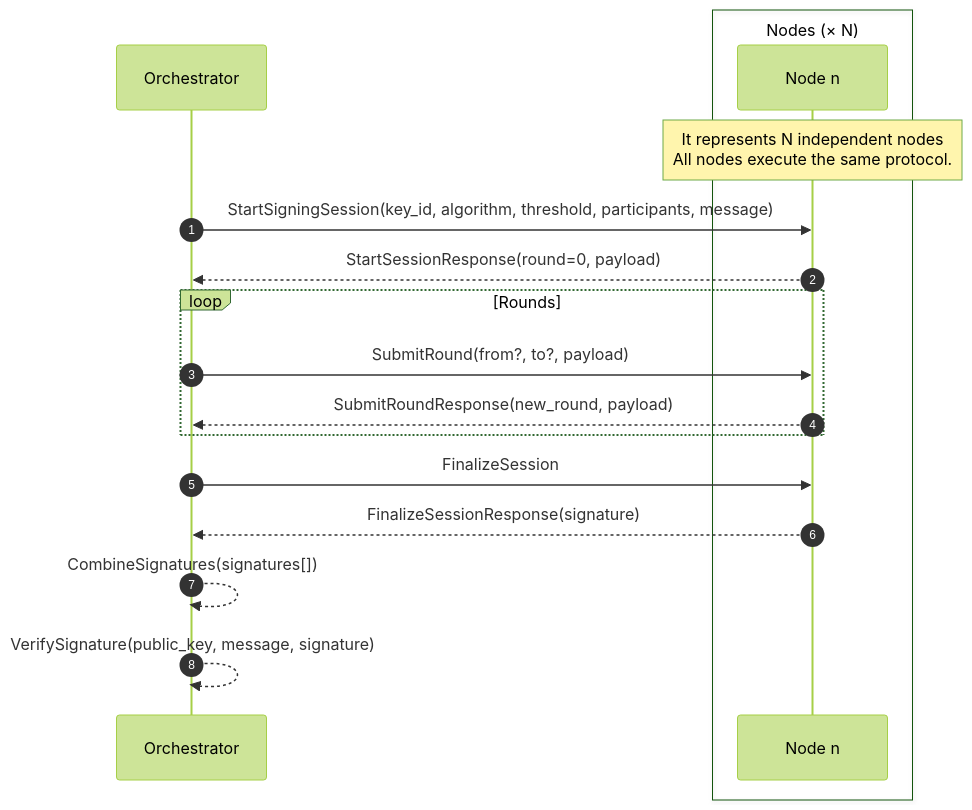
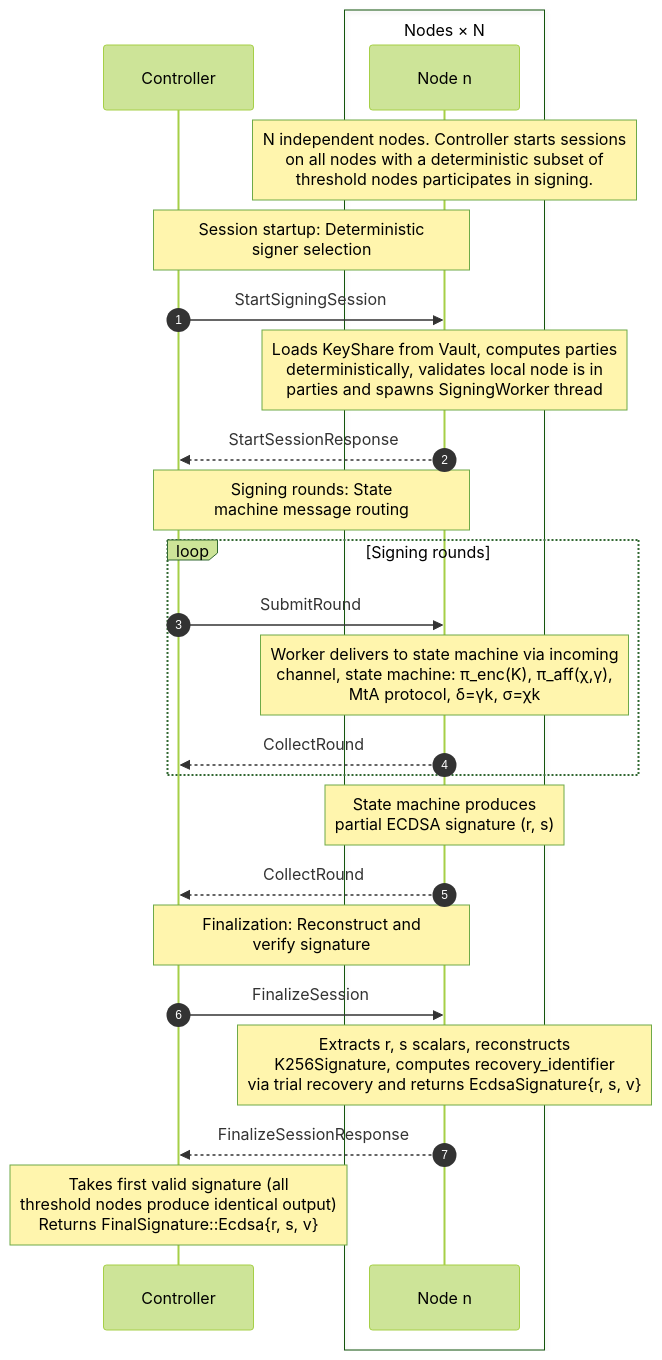
Before and after one commit to shreeed-app/multi-party-computation-cryptographic-engine: the fourth of 4 diagrams in README.md, drawn with Mermaid (forest theme). The commit also changed other lines of this file and 20 other files, not shown here.

````diff
--- a/README.md
+++ b/README.md
@@ -60,25 +171,36 @@
 ```mermaid
 sequenceDiagram
     autonumber
 
-    participant Orchestrator
-    box Nodes (× N)
+    participant Controller
+    box Nodes × N
         participant Node as Node n
     end
 
-    Note over Node: It represents N independent nodes<br />All nodes execute the same protocol.
+    Note over Node: N independent nodes. Controller starts sessions <br /> on all nodes with a deterministic subset of <br /> threshold nodes participates in signing.
 
-    Orchestrator->>Node: StartSigningSession(key_id, algorithm, threshold, participants, message)
-    Node-->>Orchestrator: StartSessionResponse(round=0, payload)
+    Note over Controller,Node: Session startup: Deterministic <br /> signer selection
 
-    loop Rounds
-        Orchestrator->>Node: SubmitRound(from?, to?, payload)
-        Node-->>Orchestrator: SubmitRoundResponse(new_round, payload)
+    Controller->>Node: StartSigningSession
+    Note over Node: Loads KeyShare from Vault, computes parties <br /> deterministically, validates local node is in <br /> parties and spawns SigningWorker thread
+    Node-->>Controller: StartSessionResponse
+
+    Note over Controller,Node: Signing rounds: State <br /> machine message routing
+
+    loop Signing rounds
+        Controller->>Node: SubmitRound
+        Note over Node: Worker delivers to state machine via incoming <br /> channel, state machine: π_enc(K), π_aff(χ,γ), <br /> MtA protocol, δ=γk, σ=χk
+        Node-->>Controller: CollectRound
     end
 
-    Orchestrator->>Node: FinalizeSession
-    Node-->>Orchestrator: FinalizeSessionResponse(signature)
+    Note over Node: State machine produces <br /> partial ECDSA signature (r, s)
+    Node-->>Controller: CollectRound
 
-    Orchestrator-->>Orchestrator: CombineSignatures(signatures[])
-    Orchestrator-->>Orchestrator: VerifySignature(public_key, message, signature)
+    Note over Controller,Node: Finalization: Reconstruct and <br /> verify signature
+
+    Controller->>Node: FinalizeSession
+    Note over Node: Extracts r, s scalars, reconstructs <br /> K256Signature, computes recovery_identifier <br /> via trial recovery and returns EcdsaSignature{r, s, v}
+    Node-->>Controller: FinalizeSessionResponse
+
+    Note over Controller: Takes first valid signature (all <br /> threshold nodes produce identical output) <br /> Returns FinalSignature::Ecdsa{r, s, v}
 ```
````
